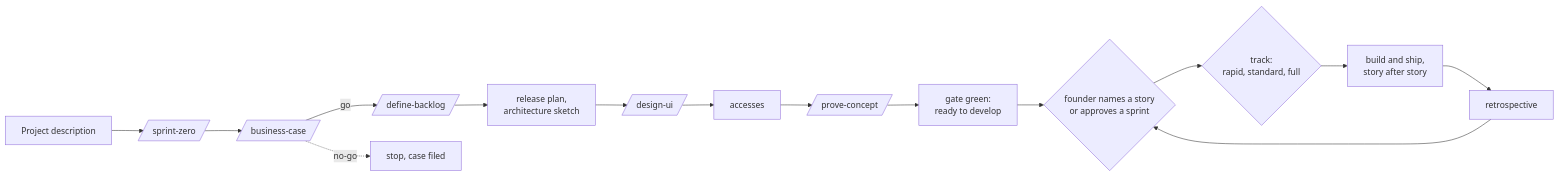
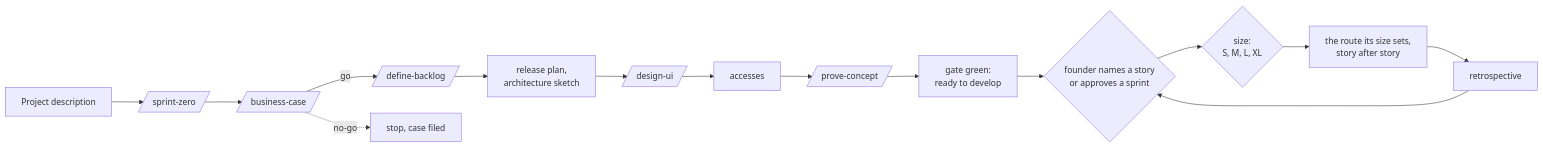
The diagram in sdlc/README.md (zsipkai/sipkai-pod), drawn with Mermaid before and after one commit. The commit also changed other lines of this file and 42 other files, not shown here.

First line of the commit message:
Sipk.ai POD 2.6.0: size is the route, S to XXL

````diff
--- a/sdlc/README.md
+++ b/sdlc/README.md
@@ -15,17 +15,17 @@
 ```mermaid
 flowchart LR
     D[Project description] --> S0[/sprint-zero/]
     S0 --> BC[/business-case/]
     BC -->|go| BL[/define-backlog/]
     BC -.->|no-go| X[stop, case filed]
     BL --> PL[release plan,<br/>architecture sketch]
     PL --> UI[/design-ui/]
     UI --> AC[accesses]
     AC --> POC[/prove-concept/]
     POC --> G0[gate green:<br/>ready to develop]
     G0 --> SP{founder names a story<br/>or approves a sprint}
-    SP --> TR{track:<br/>rapid, standard, full}
-    TR --> ST[build and ship,<br/>story after story]
+    SP --> TR{size:<br/>S, M, L, XL}
+    TR --> ST[the route its size sets,<br/>story after story]
     ST --> RT[retrospective]
     RT --> SP
 ```
````
